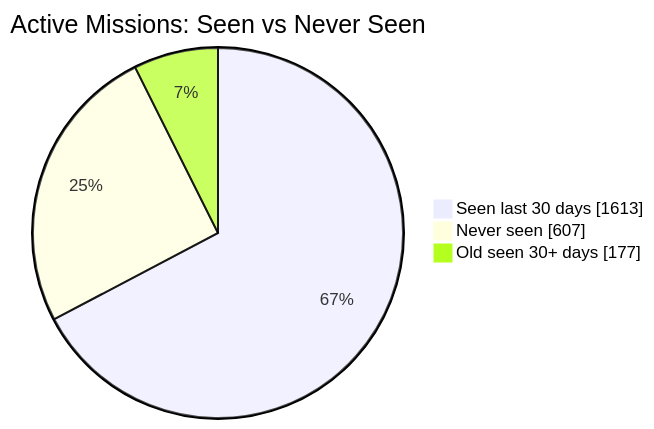
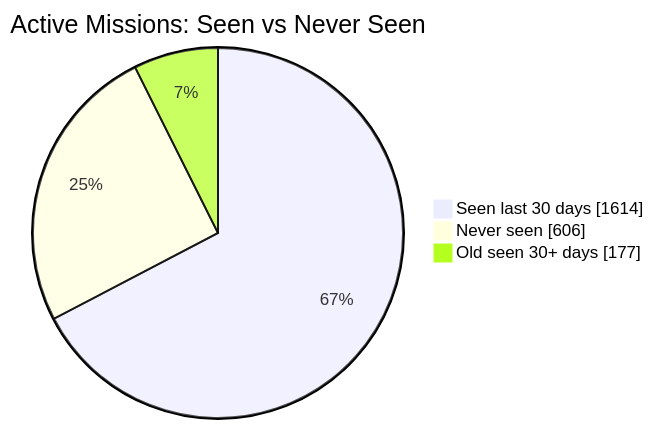
One commit to MeldkamerspelGameTeam/active-missions changed the first of 2 diagrams in README.md. Above: the diagram before and after it, drawn with Mermaid. The commit also changed other lines of this file and 2 other files, not shown here.

````diff
--- a/README.md
+++ b/README.md
@@ -34,7 +34,7 @@
 ```mermaid
 pie showData
     title Active Missions: Seen vs Never Seen
-    "Seen last 30 days" : 1613
-    "Never seen" : 607
+    "Seen last 30 days" : 1614
+    "Never seen" : 606
     "Old seen 30+ days" : 177
 ```
````
